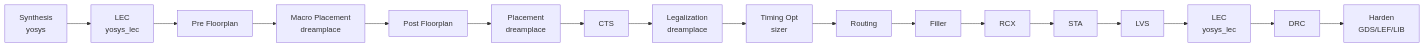
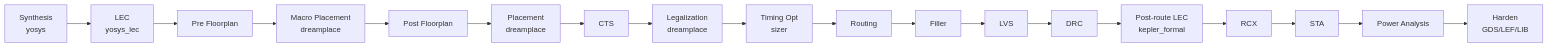
The second of 2 diagrams in chipcompiler/docs/ecc-tutorial.en.md (openecos-projects/ecc), drawn with Mermaid before and after one commit. The commit also changed other lines of this file and 15 other files, not shown here.

Commit message:
fix(flow): reorder default post-route signoff steps (#330)

````diff
--- a/chipcompiler/docs/ecc-tutorial.en.md
+++ b/chipcompiler/docs/ecc-tutorial.en.md
@@ -290,6 +291,6 @@
 ```mermaid
 graph LR
     A[Synthesis<br/>yosys] --> Q[LEC<br/>yosys_lec] --> B[Pre Floorplan] --> C[Macro Placement<br/>dreamplace] --> P[Post Floorplan] --> D[Placement<br/>dreamplace]
     D --> E[CTS] --> F[Legalization<br/>dreamplace] --> T[Timing Opt<br/>sizer] --> G[Routing]
-    G --> J[Filler] --> K[RCX] --> L[STA] --> I[LVS] --> N[LEC<br/>yosys_lec] --> H[DRC] --> M[Harden<br/>GDS/LEF/LIB]
+    G --> J[Filler] --> I[LVS] --> H[DRC] --> N[Post-route LEC<br/>kepler_formal] --> K[RCX] --> L[STA] --> W[Power Analysis] --> M[Harden<br/>GDS/LEF/LIB]
 ```
````
